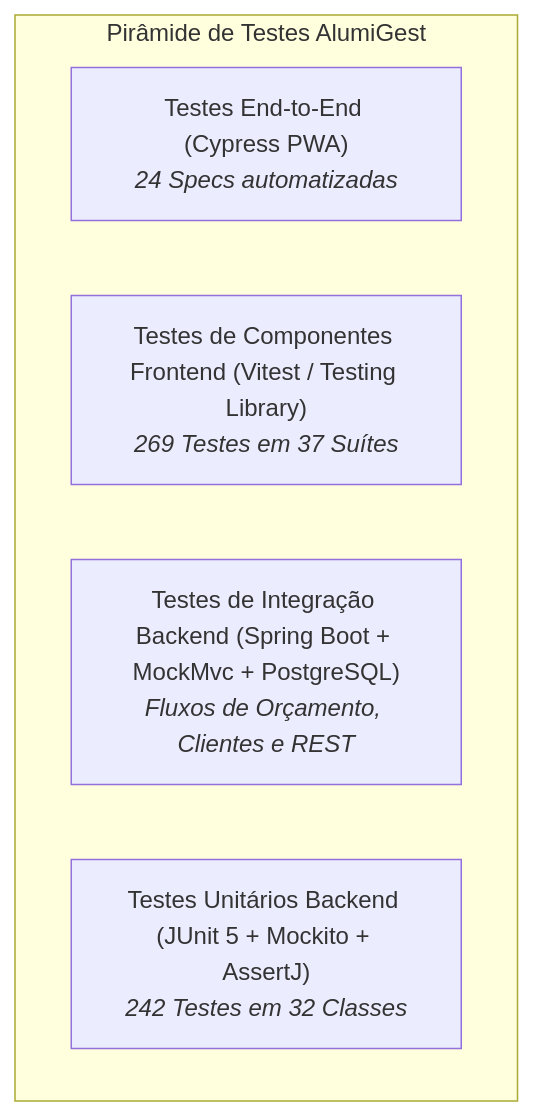
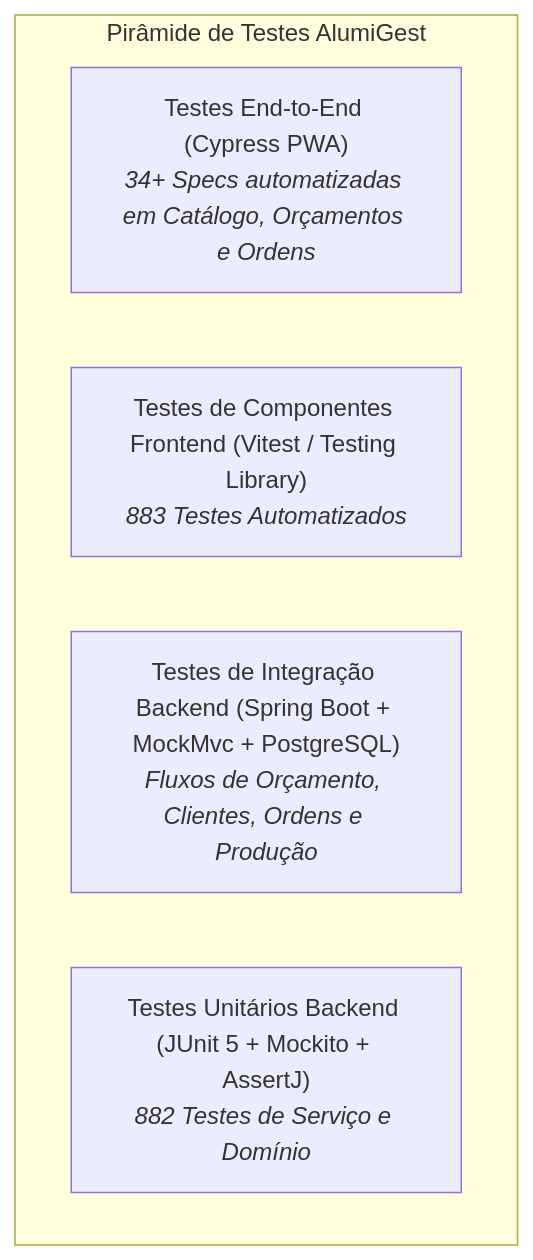
The diagram in docs/projeto-001/003-teste/PLT-Plano_Geral_de_Testes.md (ADS-IFPB-SR/alumigest), drawn with Mermaid before and after one commit. The commit also changed other lines of this file and 5 other files, not shown here.

````diff
--- a/docs/projeto-001/003-teste/PLT-Plano_Geral_de_Testes.md
+++ b/docs/projeto-001/003-teste/PLT-Plano_Geral_de_Testes.md
@@ -30,9 +30,9 @@
 ```mermaid
 graph TD
     subgraph Pirâmide["Pirâmide de Testes AlumiGest"]
-        E2E["Testes End-to-End (Cypress PWA)<br><i>24 Specs automatizadas</i>"]
-        COMP["Testes de Componentes Frontend (Vitest / Testing Library)<br><i>269 Testes em 37 Suítes</i>"]
-        INTEG["Testes de Integração Backend (Spring Boot + MockMvc + PostgreSQL)<br><i>Fluxos de Orçamento, Clientes e REST</i>"]
-        UNIT["Testes Unitários Backend (JUnit 5 + Mockito + AssertJ)<br><i>242 Testes em 32 Classes</i>"]
+        E2E["Testes End-to-End (Cypress PWA)<br><i>34+ Specs automatizadas em Catálogo, Orçamentos e Ordens</i>"]
+        COMP["Testes de Componentes Frontend (Vitest / Testing Library)<br><i>883 Testes Automatizados</i>"]
+        INTEG["Testes de Integração Backend (Spring Boot + MockMvc + PostgreSQL)<br><i>Fluxos de Orçamento, Clientes, Ordens e Produção</i>"]
+        UNIT["Testes Unitários Backend (JUnit 5 + Mockito + AssertJ)<br><i>882 Testes de Serviço e Domínio</i>"]
     end
 ```
````
